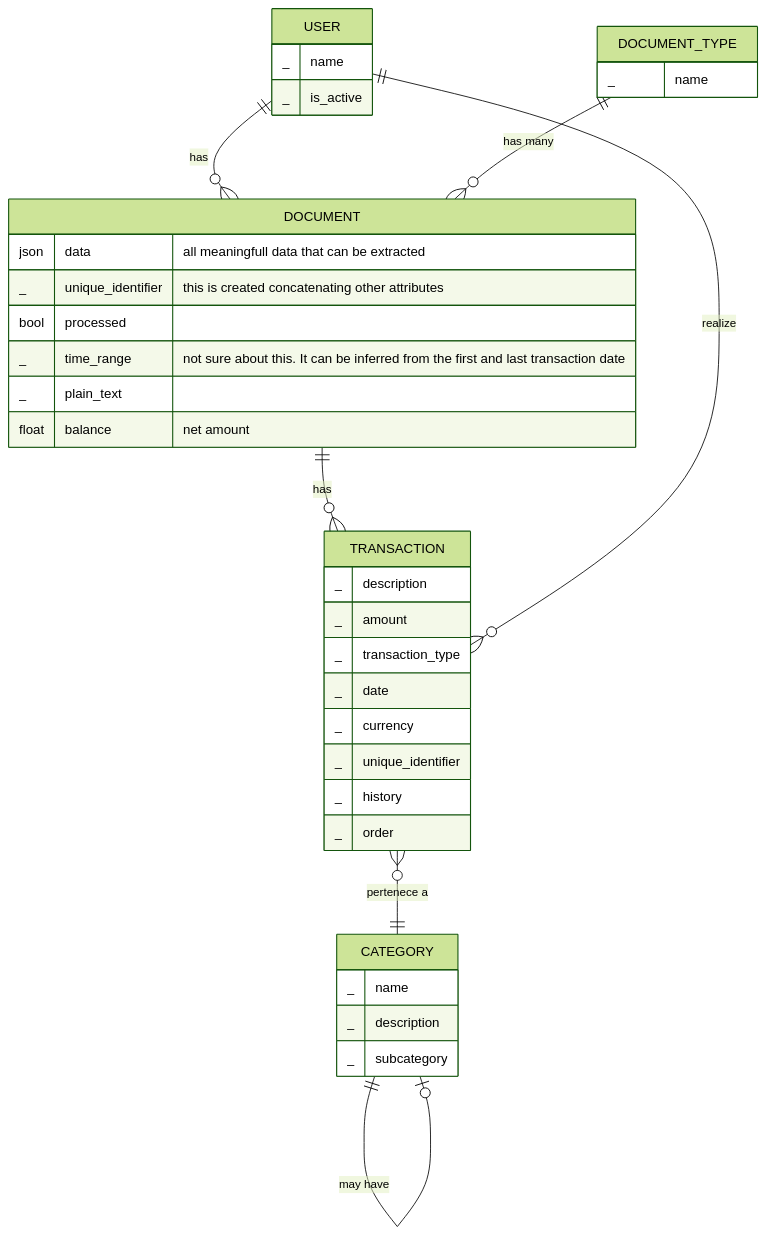
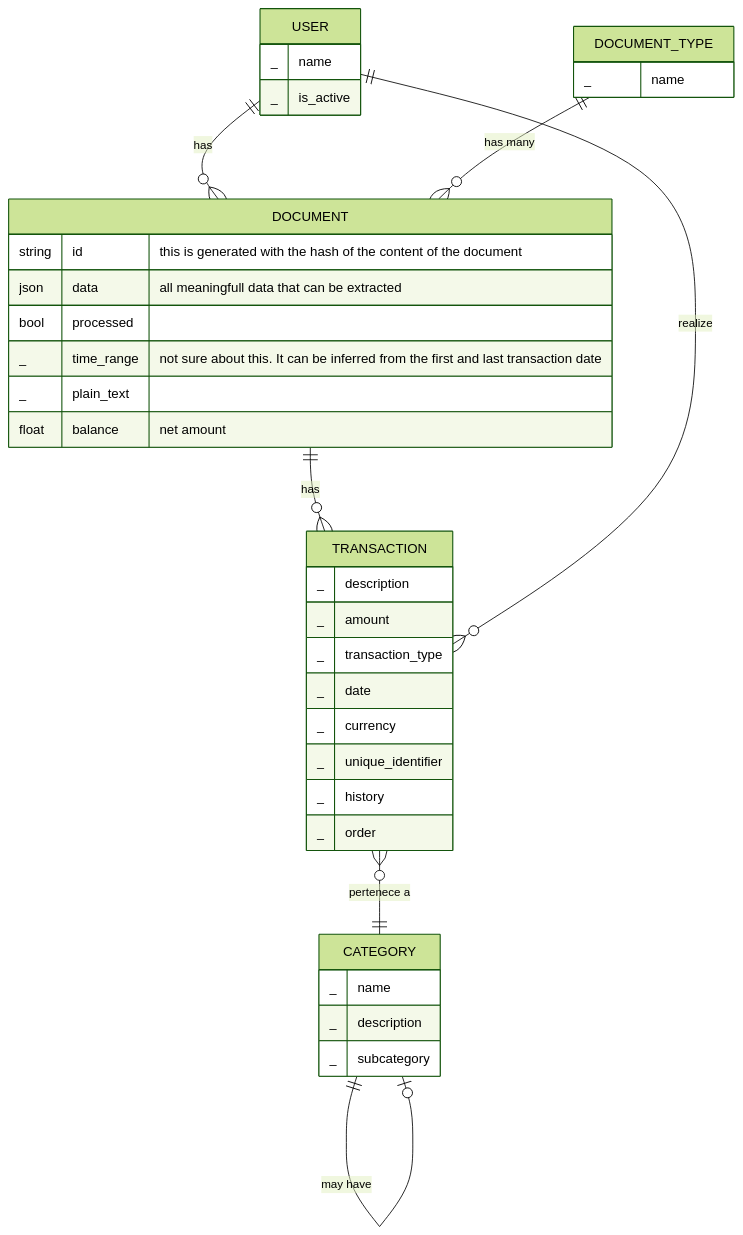
Before and after one commit to josueelias9/improving-BCP-organizate: the diagram in new-service/app/README.md, drawn with Mermaid (forest theme). The commit also changed 16 other files, not shown here.

Commit message:
feat: refactor document and transaction handling to use hash-based IDs instead of UUIDs

````diff
--- a/new-service/app/README.md
+++ b/new-service/app/README.md
@@ -16,46 +16,46 @@
 ```mermaid
 erDiagram
     USER {
         _ name
         _ is_active
     }
 
     TRANSACTION {
         _ description
         _ amount
         _ transaction_type
         _ date
         _ currency
         _ unique_identifier 
         _ history
         _ order
     }
 
     CATEGORY {
         _ name
         _ description
         _ subcategory
     }
 
     DOCUMENT_TYPE {
         _ name
     }
 
 
     DOCUMENT {
+        string id "this is generated with the hash of the content of the document"
         json data "all meaningfull data that can be extracted"
-        _ unique_identifier "this is created concatenating other attributes"
         bool processed
         _ time_range "not sure about this. It can be inferred from the first and last transaction date"
         _ plain_text
         float balance "net amount"
     }
 
     %% Relaciones
     USER ||--o{ DOCUMENT : "has"
     DOCUMENT ||--o{ TRANSACTION : "has"
     USER ||--o{ TRANSACTION : "realize"
     TRANSACTION }o--|| CATEGORY : "pertenece a"
     CATEGORY ||--o| CATEGORY : "may have"
     DOCUMENT_TYPE ||--o{ DOCUMENT : "has many"
 ```
````
